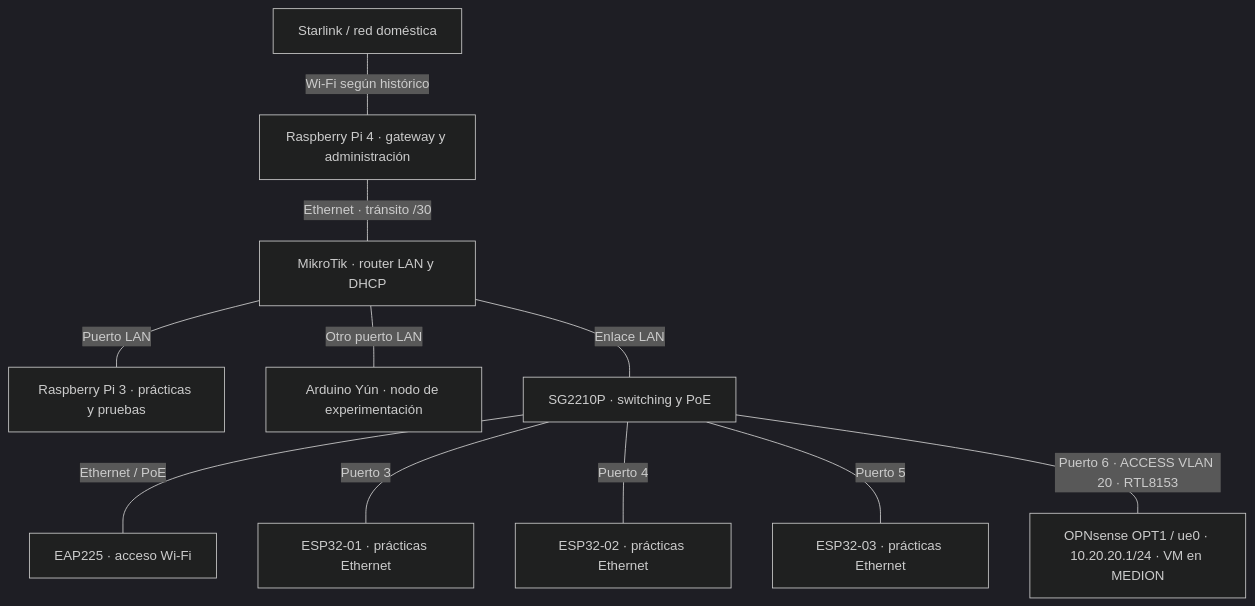
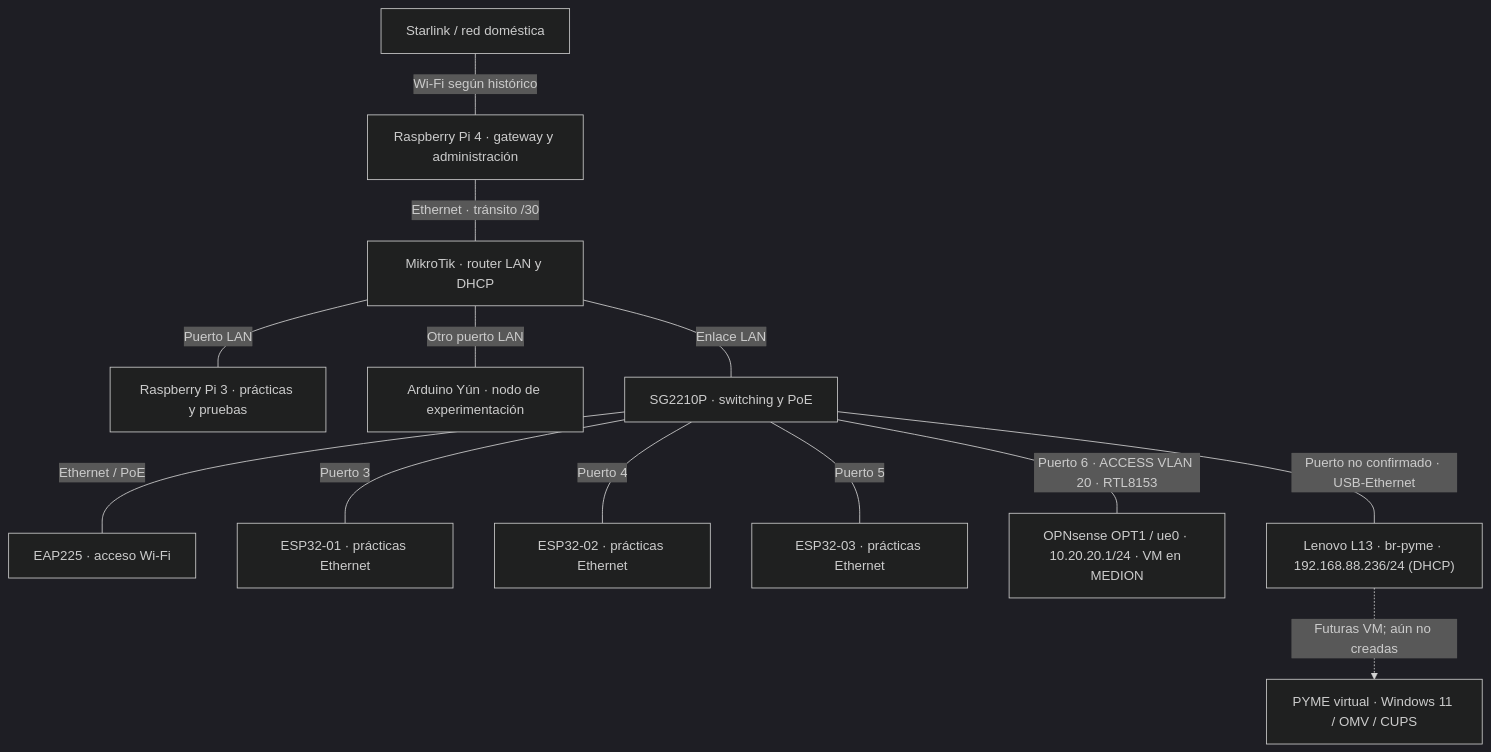
One commit to p0p1as71/gestor-redes-laboratorio changed the diagram in laboratorio-fisico/topologia.md. Above: the diagram before and after it, drawn with Mermaid (dark theme). The commit also changed other lines of this file and 3 other files, not shown here.

First line of the commit message:
docs: actualizar topología física con br-pyme Lenovo (#16)

````diff
--- a/laboratorio-fisico/topologia.md
+++ b/laboratorio-fisico/topologia.md
@@ -11,13 +11,15 @@
 ```mermaid
 flowchart TD
     S["Starlink / red doméstica"] ---|"Wi-Fi según histórico"| P4["Raspberry Pi 4 · gateway y administración"]
     P4 ---|"Ethernet · tránsito /30"| M["MikroTik · router LAN y DHCP"]
     M ---|"Puerto LAN"| P3["Raspberry Pi 3 · prácticas y pruebas"]
     M ---|"Otro puerto LAN"| Y["Arduino Yún · nodo de experimentación"]
     M ---|"Enlace LAN"| SW["SG2210P · switching y PoE"]
     SW ---|"Ethernet / PoE"| AP["EAP225 · acceso Wi-Fi"]
     SW ---|"Puerto 3"| E1["ESP32-01 · prácticas Ethernet"]
     SW ---|"Puerto 4"| E2["ESP32-02 · prácticas Ethernet"]
     SW ---|"Puerto 5"| E3["ESP32-03 · prácticas Ethernet"]
     SW ---|"Puerto 6 · ACCESS VLAN 20 · RTL8153"| L["OPNsense OPT1 / ue0 · 10.20.20.1/24 · VM en MEDION"]
+    SW ---|"Puerto no confirmado · USB-Ethernet"| LEN["Lenovo L13 · br-pyme · 192.168.88.236/24 (DHCP)"]
+    LEN -.->|"Futuras VM; aún no creadas"| PYME["PYME virtual · Windows 11 / OMV / CUPS"]
 ```
````
